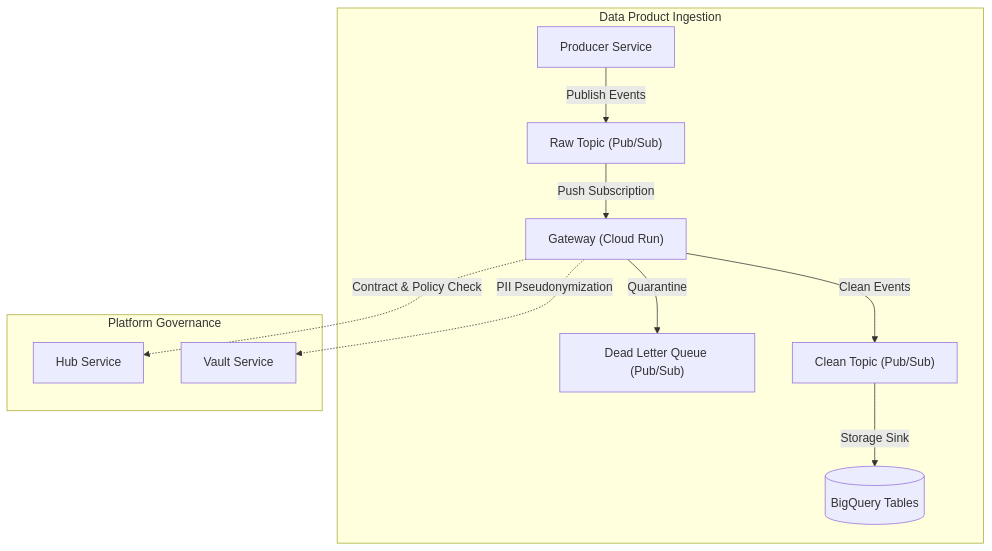
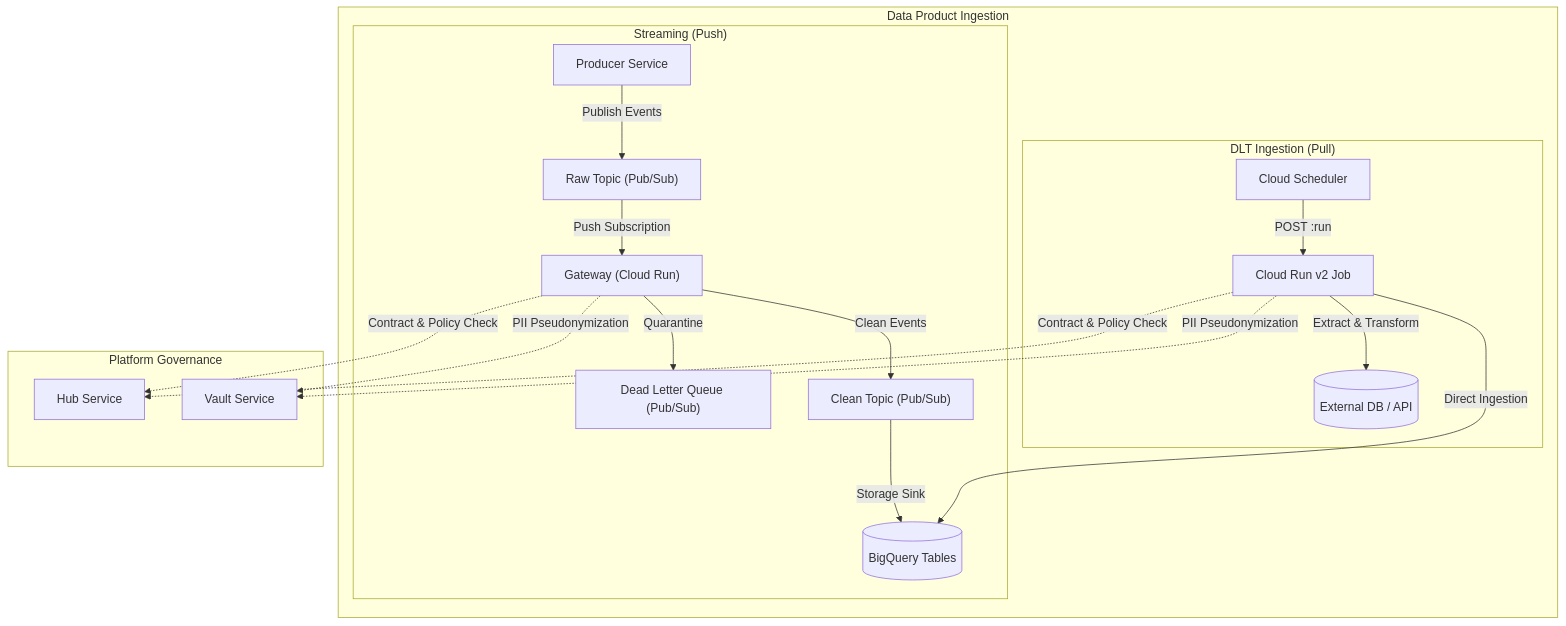
One commit to supercargo-dev/terraform-provider-supercargo changed the diagram in docs/catalog/module-data_product.md. Above: the diagram before and after it, drawn with Mermaid. The commit also changed other lines of this file and 4 other files, not shown here.

````diff
--- a/docs/catalog/module-data_product.md
+++ b/docs/catalog/module-data_product.md
@@ -15,14 +15,23 @@
 ```mermaid
 flowchart TD
     subgraph Ingestion["Data Product Ingestion"]
-        Producer["Producer Service"] -->|Publish Events| RawTopic["Raw Topic (Pub/Sub)"]
-        RawTopic -->|Push Subscription| Gateway["Gateway (Cloud Run)"]
-        Gateway -->|Quarantine| DLQ["Dead Letter Queue (Pub/Sub)"]
-        Gateway -->|Clean Events| CleanTopic["Clean Topic (Pub/Sub)"]
-        CleanTopic -->|Storage Sink| BigQuery[("BigQuery Tables")]
+        subgraph Streaming["Streaming (Push)"]
+            Producer["Producer Service"] -->|Publish Events| RawTopic["Raw Topic (Pub/Sub)"]
+            RawTopic -->|Push Subscription| Gateway["Gateway (Cloud Run)"]
+            Gateway -->|Quarantine| DLQ["Dead Letter Queue (Pub/Sub)"]
+            Gateway -->|Clean Events| CleanTopic["Clean Topic (Pub/Sub)"]
+            CleanTopic -->|Storage Sink| BigQuery[("BigQuery Tables")]
+        end
+        subgraph BatchIngress["DLT Ingestion (Pull)"]
+            Sched["Cloud Scheduler"] -->|POST :run| DLTJob["Cloud Run v2 Job"]
+            DLTJob -->|Extract & Transform| ExternalSource[("External DB / API")]
+            DLTJob -->|Direct Ingestion| BigQuery
+        end
     end
     subgraph Governance["Platform Governance"]
         Gateway -.->|Contract & Policy Check| Hub["Hub Service"]
         Gateway -.->|PII Pseudonymization| Vault["Vault Service"]
+        DLTJob -.->|Contract & Policy Check| Hub
+        DLTJob -.->|PII Pseudonymization| Vault
     end
 ```
````
